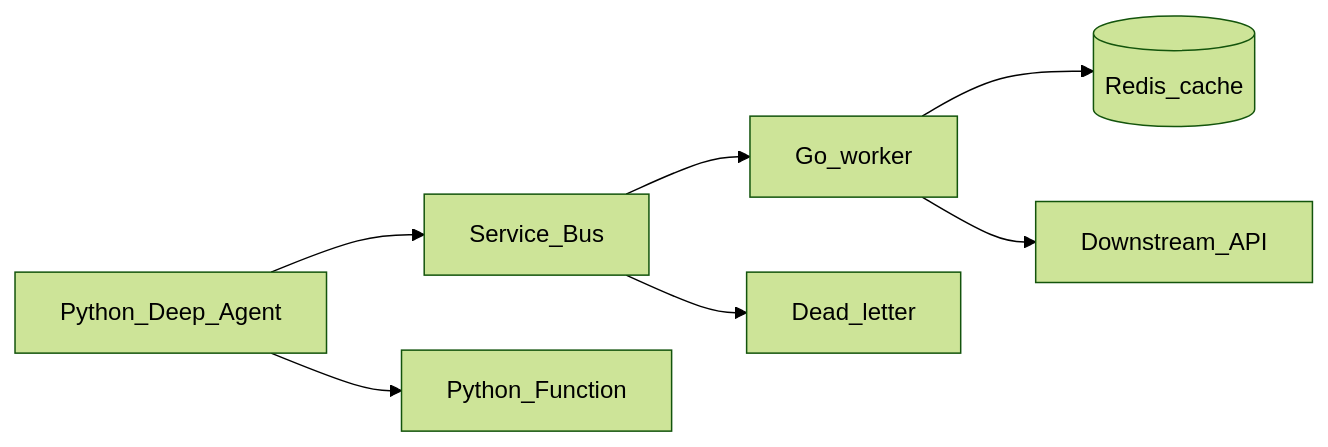
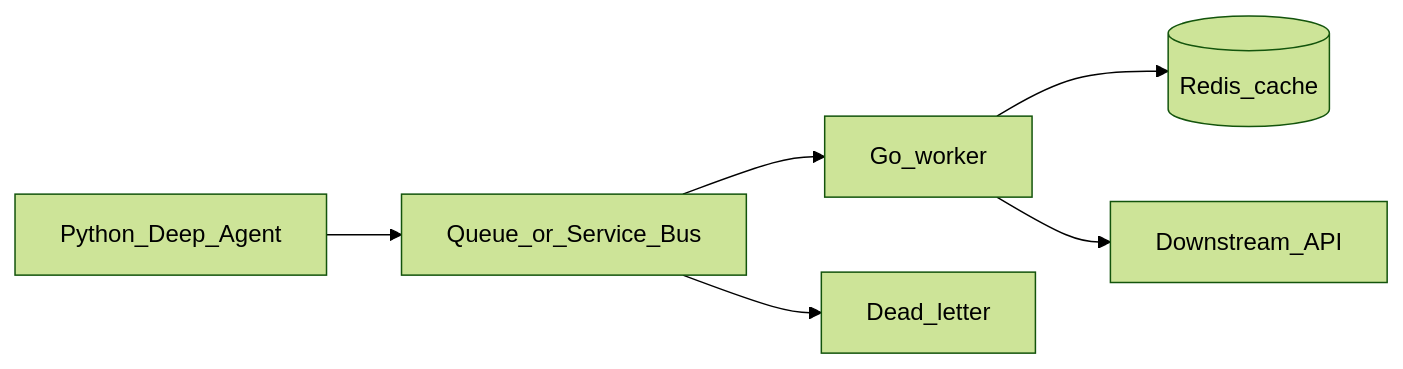
The diagram in career-project-specs/05-azure-backends.md (shemaiahCox/career-playbook), drawn with Mermaid (forest theme) before and after one commit. The commit also changed other lines of this file and 43 other files, not shown here.

````diff
--- a/career-project-specs/05-azure-backends.md
+++ b/career-project-specs/05-azure-backends.md
@@ -41,9 +58,8 @@
 ```mermaid
 flowchart LR
-  Agent[Python_Deep_Agent] --> Bus[Service_Bus]
+  Agent[Python_Deep_Agent] --> Bus[Queue_or_Service_Bus]
   Bus --> Go[Go_worker]
   Bus --> DLQ[Dead_letter]
-  Agent --> Fn[Python_Function]
   Go --> Redis[(Redis_cache)]
   Go --> Down[Downstream_API]
 ```
````
